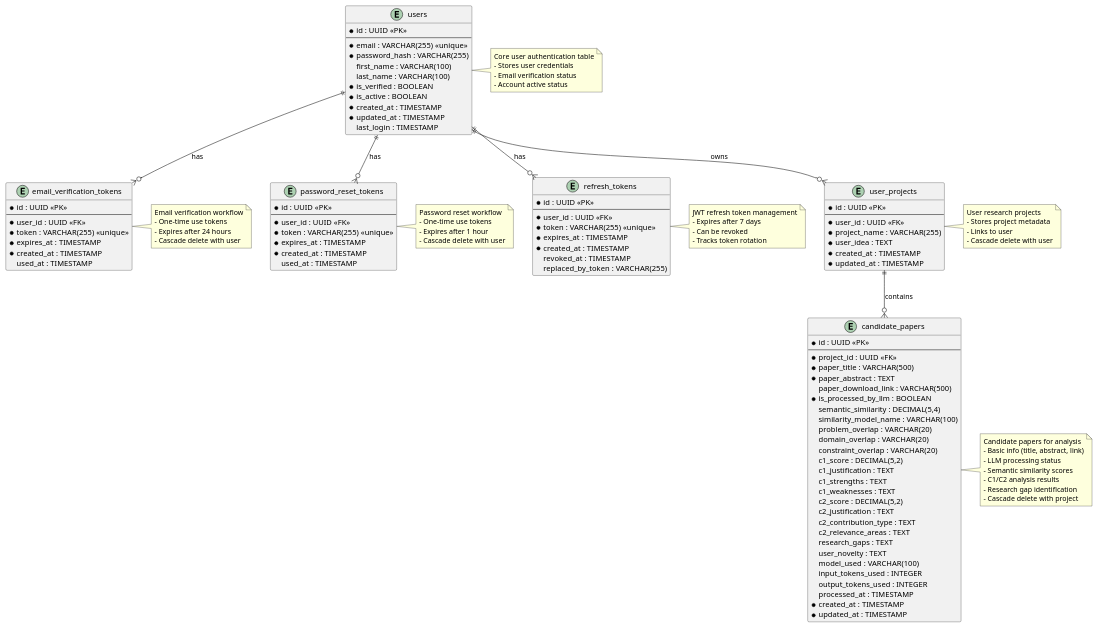
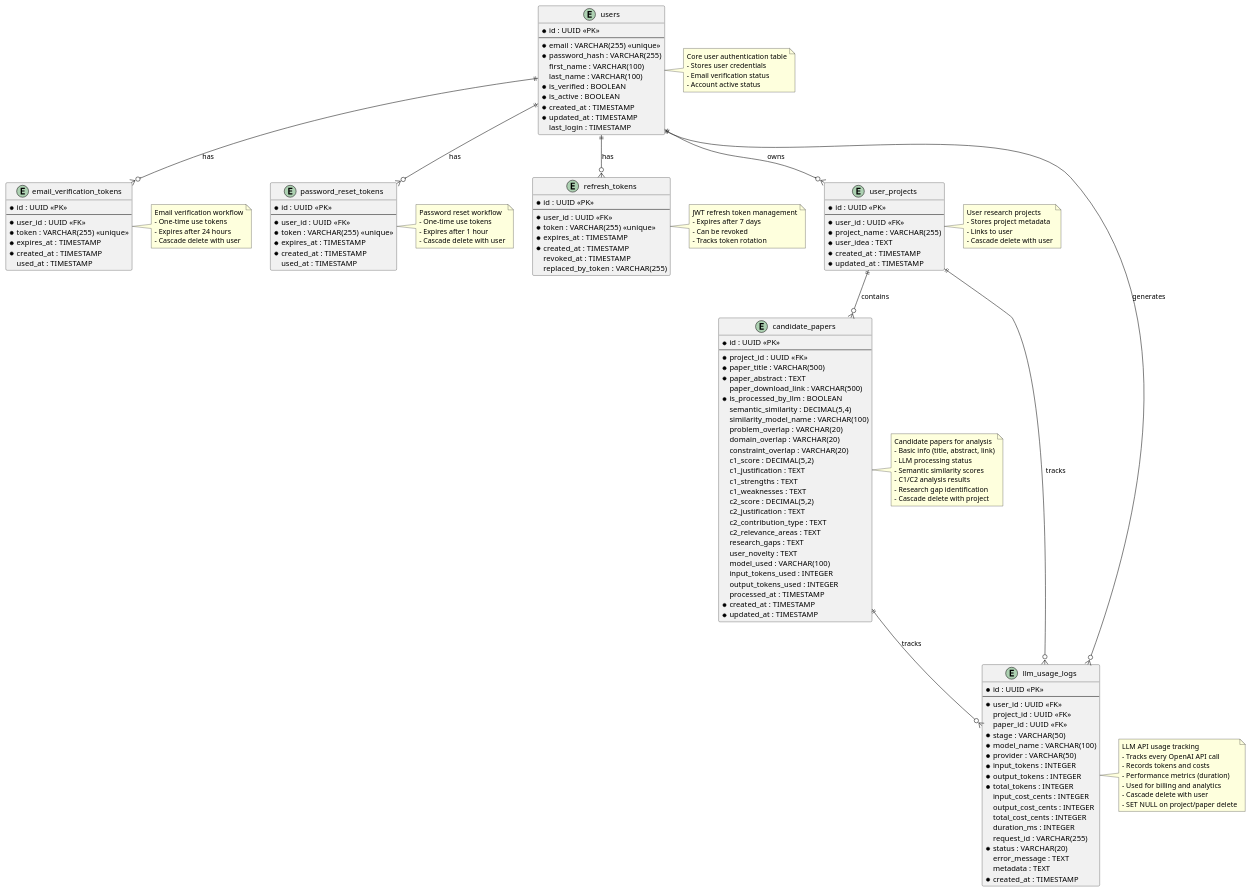
The diagram in documentation/diagrams/database-er-diagram.puml (BidyutSaha/AgentR), drawn with PlantUML before and after one commit. The commit also changed other lines of this file and 2 other files, not shown here.

First paragraph of the commit message:
docs: add comprehensive LLM usage tracking documentation
Updated all documentation per rules.md requirements:

```diff
--- a/documentation/diagrams/database-er-diagram.puml
+++ b/documentation/diagrams/database-er-diagram.puml
@@ -1,153 +1,189 @@
 @startuml database-er-diagram
 
 ' ============================================================================
 ' Literature Review System - Database ER Diagram
 ' ============================================================================
 ' This diagram shows all database tables and their relationships
 ' Last Updated: 2025-12-31
 ' ============================================================================
 
 ' Entity definitions
 
 entity "users" as users {
   * id : UUID <<PK>>
   --
   * email : VARCHAR(255) <<unique>>
   * password_hash : VARCHAR(255)
   first_name : VARCHAR(100)
   last_name : VARCHAR(100)
   * is_verified : BOOLEAN
   * is_active : BOOLEAN
   * created_at : TIMESTAMP
   * updated_at : TIMESTAMP
   last_login : TIMESTAMP
 }
 
 entity "email_verification_tokens" as email_tokens {
   * id : UUID <<PK>>
   --
   * user_id : UUID <<FK>>
   * token : VARCHAR(255) <<unique>>
   * expires_at : TIMESTAMP
   * created_at : TIMESTAMP
   used_at : TIMESTAMP
 }
 
 entity "password_reset_tokens" as password_tokens {
   * id : UUID <<PK>>
   --
   * user_id : UUID <<FK>>
   * token : VARCHAR(255) <<unique>>
   * expires_at : TIMESTAMP
   * created_at : TIMESTAMP
   used_at : TIMESTAMP
 }
 
 entity "refresh_tokens" as refresh_tokens {
   * id : UUID <<PK>>
   --
   * user_id : UUID <<FK>>
   * token : VARCHAR(255) <<unique>>
   * expires_at : TIMESTAMP
   * created_at : TIMESTAMP
   revoked_at : TIMESTAMP
   replaced_by_token : VARCHAR(255)
 }
 
 entity "user_projects" as projects {
   * id : UUID <<PK>>
   --
   * user_id : UUID <<FK>>
   * project_name : VARCHAR(255)
   * user_idea : TEXT
   * created_at : TIMESTAMP
   * updated_at : TIMESTAMP
 }
 
 entity "candidate_papers" as papers {
   * id : UUID <<PK>>
   --
   * project_id : UUID <<FK>>
   * paper_title : VARCHAR(500)
   * paper_abstract : TEXT
   paper_download_link : VARCHAR(500)
   * is_processed_by_llm : BOOLEAN
   semantic_similarity : DECIMAL(5,4)
   similarity_model_name : VARCHAR(100)
   problem_overlap : VARCHAR(20)
   domain_overlap : VARCHAR(20)
   constraint_overlap : VARCHAR(20)
   c1_score : DECIMAL(5,2)
   c1_justification : TEXT
   c1_strengths : TEXT
   c1_weaknesses : TEXT
   c2_score : DECIMAL(5,2)
   c2_justification : TEXT
   c2_contribution_type : TEXT
   c2_relevance_areas : TEXT
   research_gaps : TEXT
   user_novelty : TEXT
   model_used : VARCHAR(100)
   input_tokens_used : INTEGER
   output_tokens_used : INTEGER
   processed_at : TIMESTAMP
   * created_at : TIMESTAMP
   * updated_at : TIMESTAMP
 }
 
+entity "llm_usage_logs" as llm_logs {
+  * id : UUID <<PK>>
+  --
+  * user_id : UUID <<FK>>
+  project_id : UUID <<FK>>
+  paper_id : UUID <<FK>>
+  * stage : VARCHAR(50)
+  * model_name : VARCHAR(100)
+  * provider : VARCHAR(50)
+  * input_tokens : INTEGER
+  * output_tokens : INTEGER
+  * total_tokens : INTEGER
+  input_cost_cents : INTEGER
+  output_cost_cents : INTEGER
+  total_cost_cents : INTEGER
+  duration_ms : INTEGER
+  request_id : VARCHAR(255)
+  * status : VARCHAR(20)
+  error_message : TEXT
+  metadata : TEXT
+  * created_at : TIMESTAMP
+}
+
 ' Relationships
 
 users ||--o{ email_tokens : "has"
 users ||--o{ password_tokens : "has"
 users ||--o{ refresh_tokens : "has"
 users ||--o{ projects : "owns"
+users ||--o{ llm_logs : "generates"
 projects ||--o{ papers : "contains"
+projects ||--o{ llm_logs : "tracks"
+papers ||--o{ llm_logs : "tracks"
 
 ' Notes
 
 note right of users
   Core user authentication table
   - Stores user credentials
   - Email verification status
   - Account active status
 end note
 
 note right of email_tokens
   Email verification workflow
   - One-time use tokens
   - Expires after 24 hours
   - Cascade delete with user
 end note
 
 note right of password_tokens
   Password reset workflow
   - One-time use tokens
   - Expires after 1 hour
   - Cascade delete with user
 end note
 
 note right of refresh_tokens
   JWT refresh token management
   - Expires after 7 days
   - Can be revoked
   - Tracks token rotation
 end note
 
 note right of projects
   User research projects
   - Stores project metadata
   - Links to user
   - Cascade delete with user
 end note
 
 note right of papers
   Candidate papers for analysis
   - Basic info (title, abstract, link)
   - LLM processing status
   - Semantic similarity scores
   - C1/C2 analysis results
   - Research gap identification
   - Cascade delete with project
 end note
 
+note right of llm_logs
+  LLM API usage tracking
+  - Tracks every OpenAI API call
+  - Records tokens and costs
+  - Performance metrics (duration)
+  - Used for billing and analytics
+  - Cascade delete with user
+  - SET NULL on project/paper delete
+end note
+
 @enduml
```
